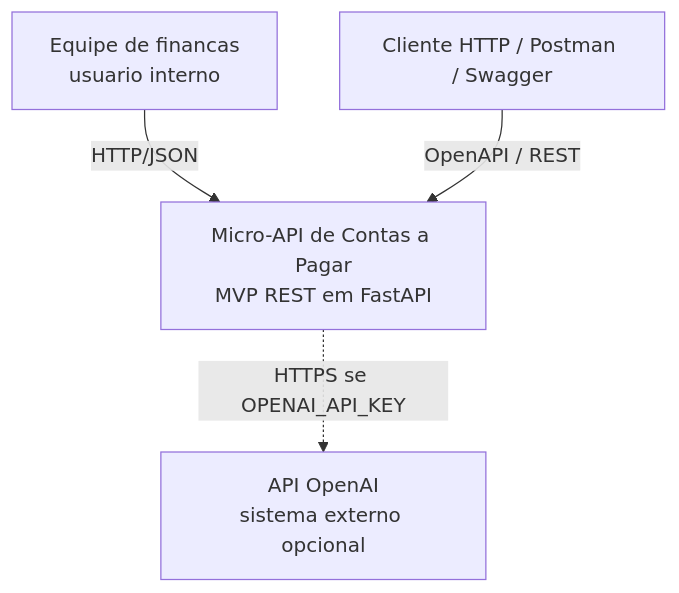
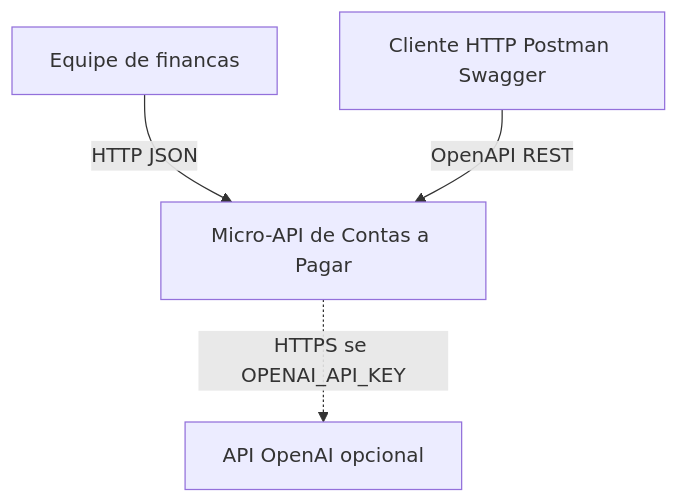
One commit to marciomello-bbras/projetolaboratorio changed the first of 5 diagrams in README.md. Above: the diagram before and after it, drawn with Mermaid. The commit also changed other lines of this file and 1 other file, not shown here.

Commit message:
docs(arch): simplify Mermaid so GitHub can render containers

````diff
--- a/README.md
+++ b/README.md
@@ -274,11 +274,11 @@
 ```mermaid
 flowchart TB
-    financeiro["Equipe de financas<br/>usuario interno"]
-    cliente["Cliente HTTP / Postman / Swagger"]
-    api["Micro-API de Contas a Pagar<br/>MVP REST em FastAPI"]
-    openai["API OpenAI<br/>sistema externo opcional"]
+    financeiro[Equipe de financas]
+    cliente[Cliente HTTP Postman Swagger]
+    api[Micro-API de Contas a Pagar]
+    openai[API OpenAI opcional]
 
-    financeiro -->|"HTTP/JSON"| api
-    cliente -->|"OpenAPI / REST"| api
-    api -.->|"HTTPS se OPENAI_API_KEY"| openai
+    financeiro -->|HTTP JSON| api
+    cliente -->|OpenAPI REST| api
+    api -.->|HTTPS se OPENAI_API_KEY| openai
 ```
````
